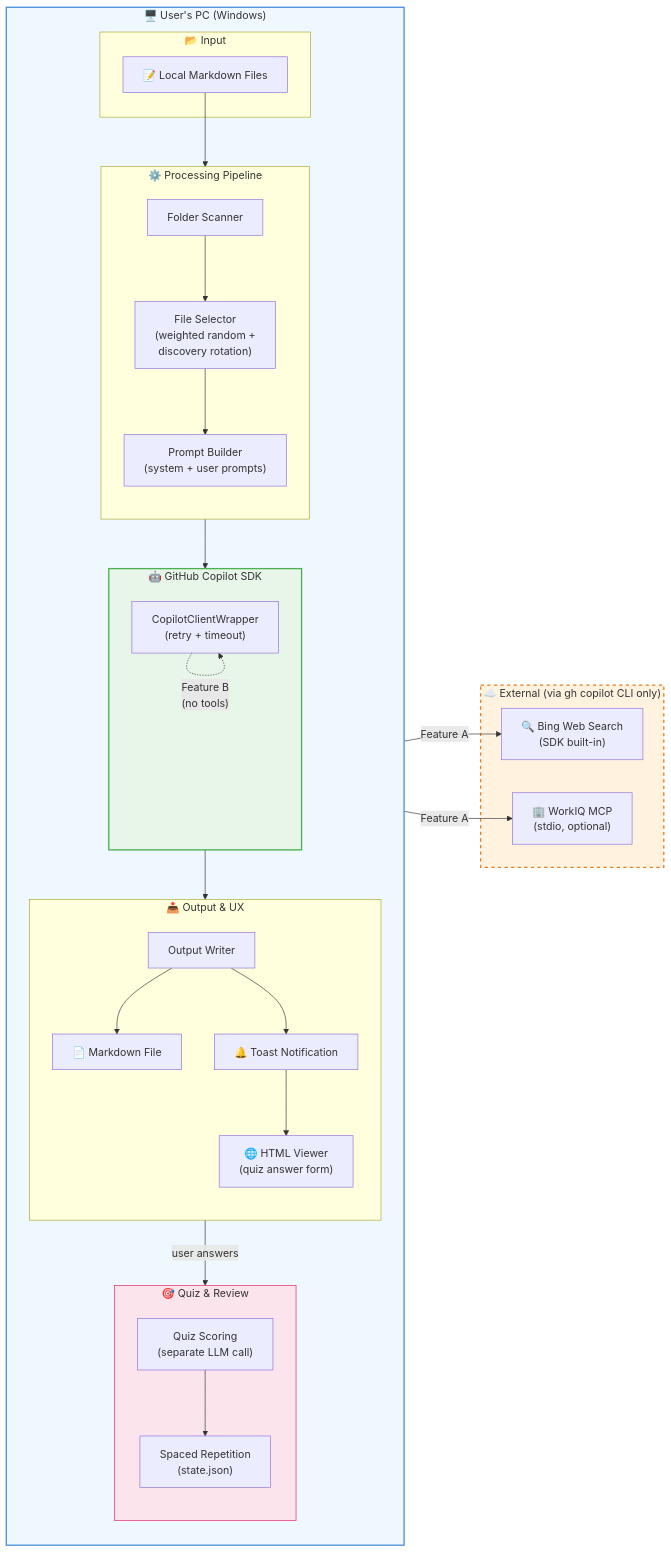
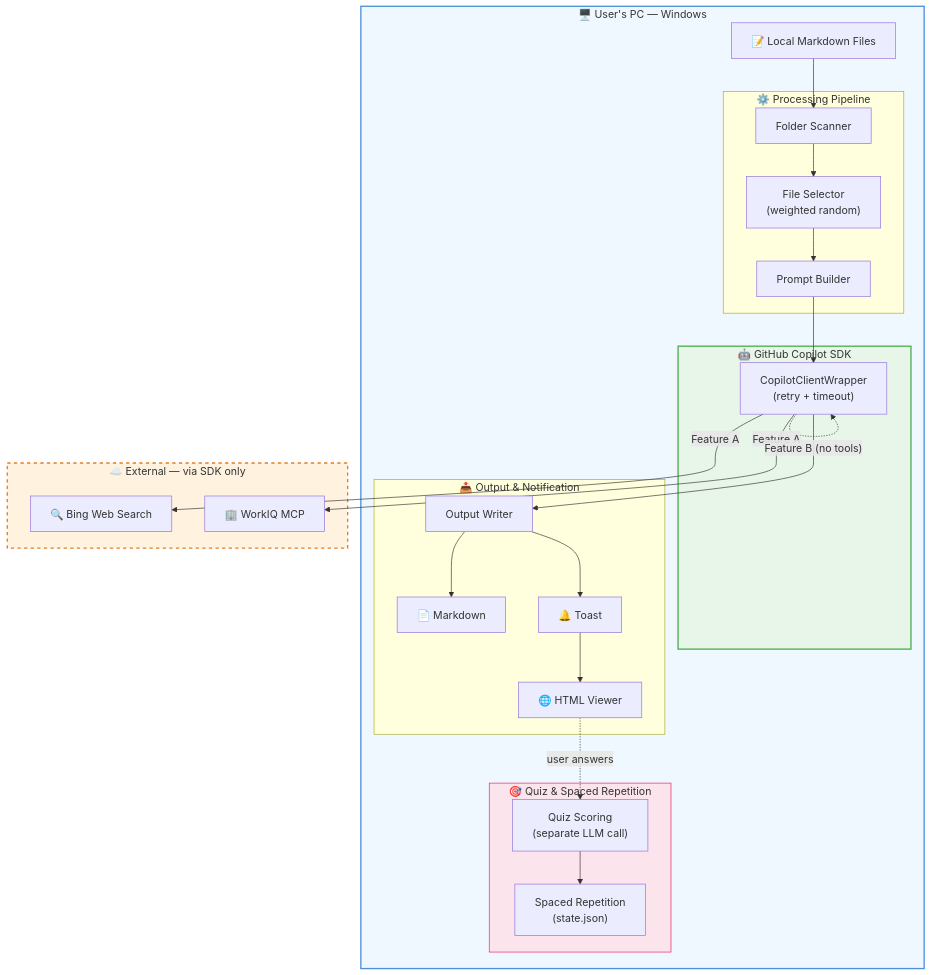
The first of 2 diagrams in README.md (shitada/ghcpsdknotify), drawn with Mermaid before and after one commit. The commit also changed other lines of this file, not shown here.

Commit message:
Improve architecture diagrams: switch from LR to TB layout for better readability

````diff
--- a/README.md
+++ b/README.md
@@ -20,52 +20,51 @@
 ```mermaid
-flowchart LR
-    subgraph LOCAL_ENV ["🖥️ User's PC (Windows)"]
-        direction TB
-
-        subgraph INPUT ["📂 Input"]
-            MD["📝 Local Markdown Files"]
-        end
+flowchart TB
+    subgraph LOCAL_ENV ["🖥️ User's PC — Windows"]
+        MD["📝 Local Markdown Files"]
 
         subgraph PIPELINE ["⚙️ Processing Pipeline"]
-            direction TB
-            FS["Folder Scanner"] --> SEL["File Selector\n(weighted random +\ndiscovery rotation)"]
-            SEL --> PB["Prompt Builder\n(system + user prompts)"]
+            FS["Folder Scanner"]
+            SEL["File Selector\n(weighted random)"]
+            PB["Prompt Builder"]
+            FS --> SEL --> PB
         end
 
         subgraph SDK_LAYER ["🤖 GitHub Copilot SDK"]
-            direction TB
             CLIENT["CopilotClientWrapper\n(retry + timeout)"]
         end
 
-        subgraph OUTPUT ["📤 Output & UX"]
-            direction TB
-            OW["Output Writer"] --> MDF["📄 Markdown File"]
-            OW --> TOAST["🔔 Toast Notification"]
-            TOAST --> VIEWER["🌐 HTML Viewer\n(quiz answer form)"]
+        subgraph OUTPUT ["📤 Output & Notification"]
+            OW["Output Writer"]
+            MDF["📄 Markdown"]
+            TOAST["🔔 Toast"]
+            VIEWER["🌐 HTML Viewer"]
+            OW --> MDF
+            OW --> TOAST --> VIEWER
         end
 
-        subgraph QUIZ ["🎯 Quiz & Review"]
-            direction TB
-            SCORE["Quiz Scoring\n(separate LLM call)"] --> SR["Spaced Repetition\n(state.json)"]
+        subgraph QUIZ ["🎯 Quiz & Spaced Repetition"]
+            SCORE["Quiz Scoring\n(separate LLM call)"]
+            SR["Spaced Repetition\n(state.json)"]
+            SCORE --> SR
         end
-
-        MD --> FS
-        PB --> CLIENT
-        CLIENT --> OW
-        VIEWER -- "user answers" --> SCORE
     end
 
-    subgraph EXTERNAL ["☁️ External (via gh copilot CLI only)"]
-        BING["🔍 Bing Web Search\n(SDK built-in)"]
-        MCP["🏢 WorkIQ MCP\n(stdio, optional)"]
+    subgraph EXTERNAL ["☁️ External — via SDK only"]
+        BING["🔍 Bing Web Search"]
+        MCP["🏢 WorkIQ MCP"]
     end
+
+    MD --> FS
+    PB --> CLIENT
+    CLIENT --> OW
+    VIEWER -. "user answers" .-> SCORE
 
     CLIENT -- "Feature A" --> BING
     CLIENT -- "Feature A" --> MCP
-    CLIENT -. "Feature B\n(no tools)" .-> CLIENT
+    CLIENT -. "Feature B (no tools)" .-> CLIENT
 
     style LOCAL_ENV fill:#f0f8ff,stroke:#4a90d9,stroke-width:2px
     style EXTERNAL fill:#fff3e0,stroke:#e67e22,stroke-width:2px,stroke-dasharray:5
     style SDK_LAYER fill:#e8f5e9,stroke:#4caf50,stroke-width:2px
     style QUIZ fill:#fce4ec,stroke:#e91e63,stroke-width:1px
 ```
````
